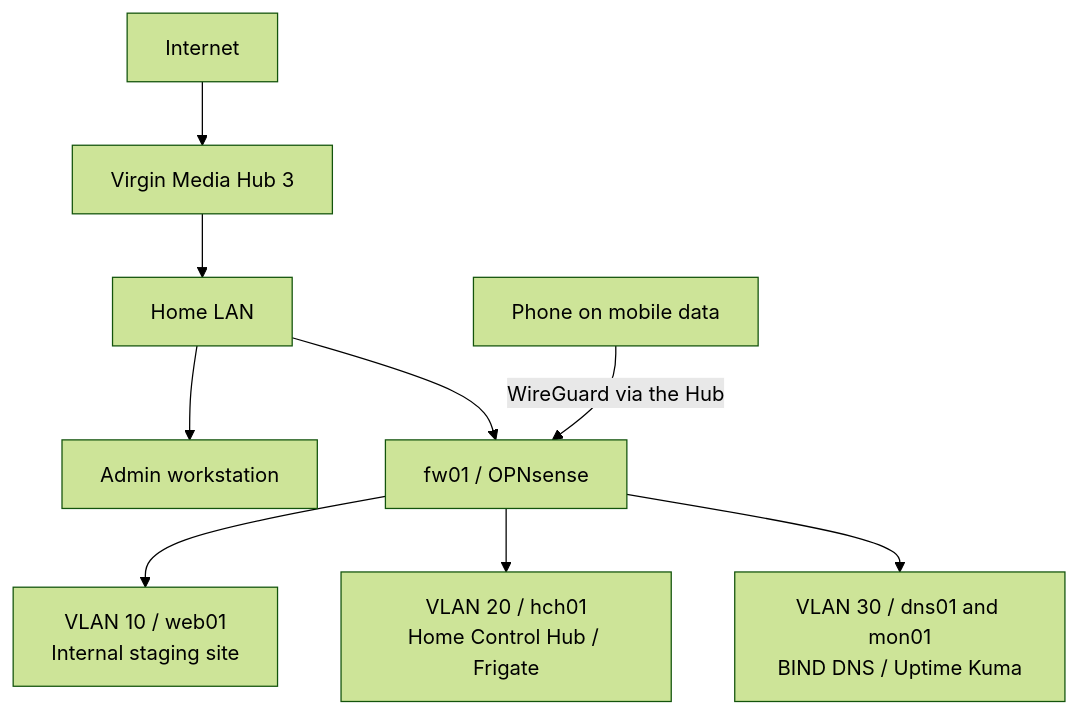
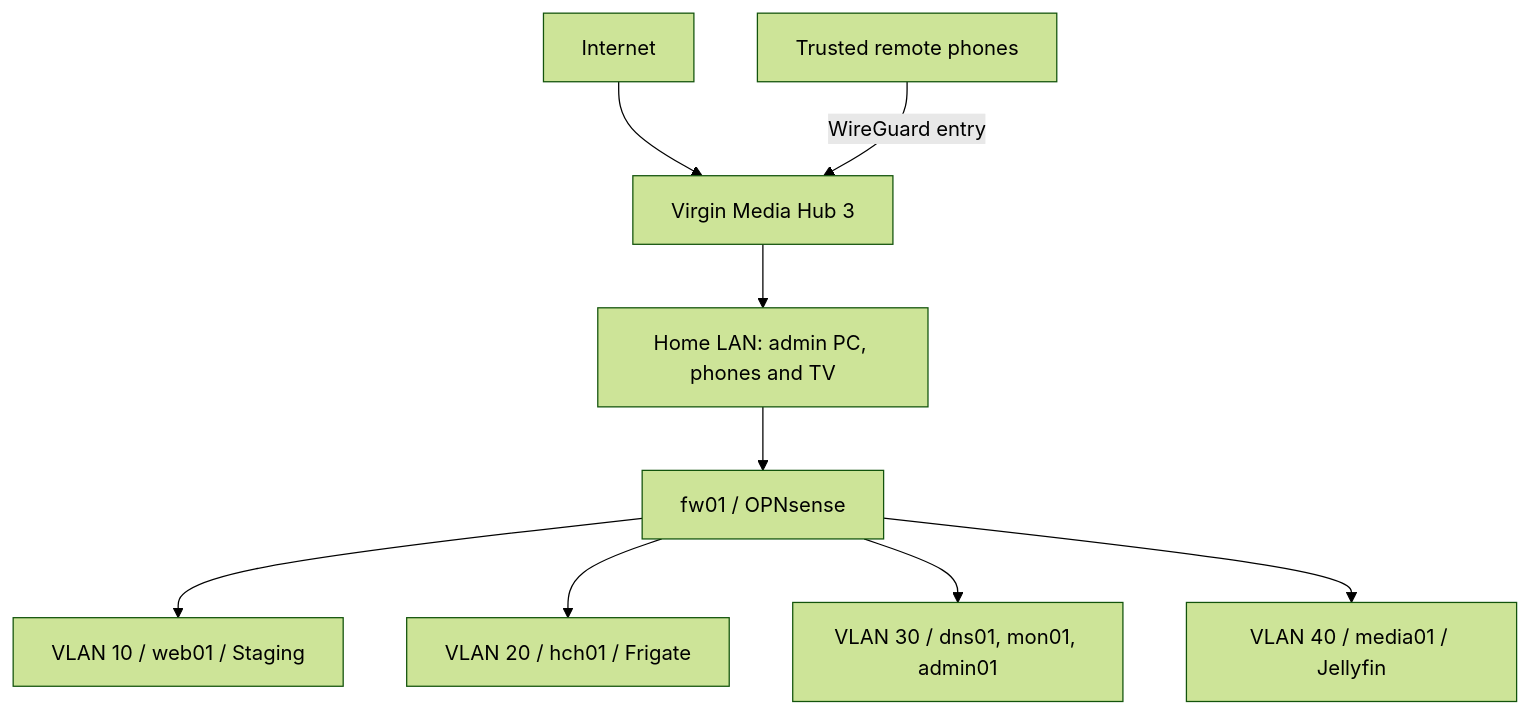
The diagram in docs/network-topology.md (repo-sudo/infrastructure-portfolio), drawn with Mermaid (forest theme) before and after one commit. The commit also changed other lines of this file and 8 other files, not shown here.

Commit message:
Document Jellyfin media server and expand lab topology to VLAN 40

````diff
--- a/docs/network-topology.md
+++ b/docs/network-topology.md
@@ -7,12 +7,11 @@
 ```mermaid
 flowchart TB
     internet["Internet"] --> hub["Virgin Media Hub 3"]
-    hub --> home["Home LAN"]
-    home --> admin["Admin workstation"]
+    remote["Trusted remote phones"] -->|"WireGuard entry"| hub
+    hub --> home["Home LAN: admin PC, phones and TV"]
     home --> fw["fw01 / OPNsense"]
-    phone["Phone on mobile data"] -->|"WireGuard via the Hub"| fw
-
-    fw --> vlan10["VLAN 10 / web01<br/>Internal staging site"]
-    fw --> vlan20["VLAN 20 / hch01<br/>Home Control Hub / Frigate"]
-    fw --> vlan30["VLAN 30 / dns01 and mon01<br/>BIND DNS / Uptime Kuma"]
+    fw --> web["VLAN 10 / web01 / Staging"]
+    fw --> hch["VLAN 20 / hch01 / Frigate"]
+    fw --> infra["VLAN 30 / dns01, mon01, admin01"]
+    fw --> media["VLAN 40 / media01 / Jellyfin"]
 ```
````
